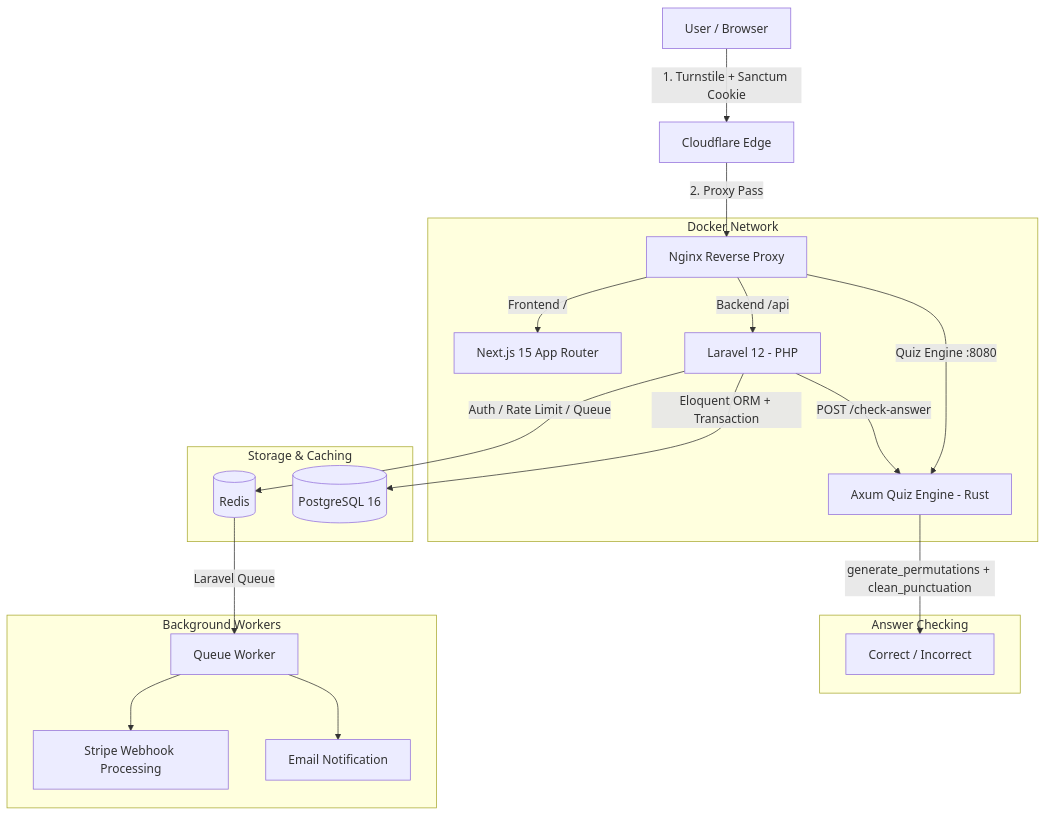
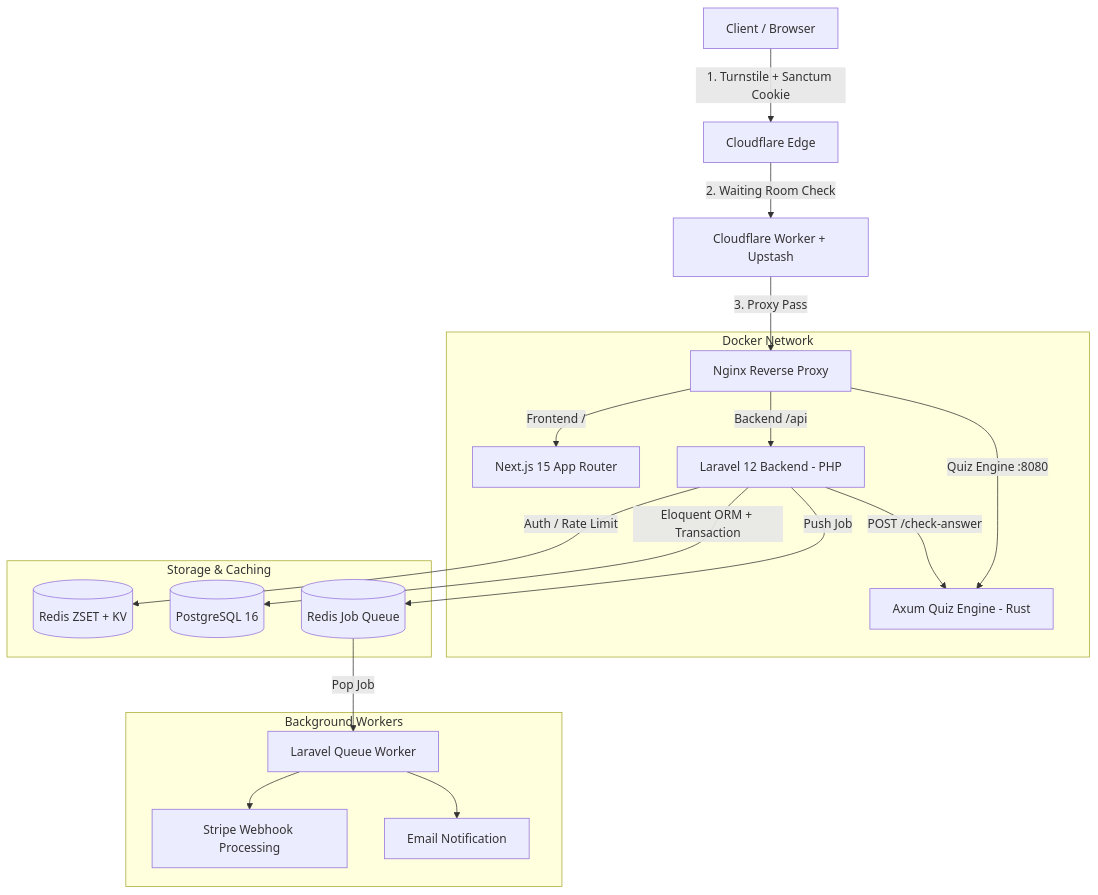
One commit to muhammadkmal27/vocabulary changed the first of 3 diagrams in README.md. Above: the diagram before and after it, drawn with Mermaid. The commit also changed 1 other file, not shown here.

Commit message:
docs: mirror saas_house system architecture in prompt_planning and README

````diff
--- a/README.md
+++ b/README.md
@@ -94,27 +94,31 @@
 ```mermaid
 graph TD
-    Client[User / Browser] -->|1. Turnstile + Sanctum Cookie| CF[Cloudflare Edge]
-    CF -->|2. Proxy Pass| Nginx[Nginx Reverse Proxy]
+    Client[Client / Browser]
+    
+    Client -->|1. Turnstile + Sanctum Cookie| CF[Cloudflare Edge]
+    
+    CF -->|2. Waiting Room Check| WorkerNode[Cloudflare Worker + Upstash]
+    
+    WorkerNode -->|3. Proxy Pass| Nginx[Nginx Reverse Proxy]
 
     subgraph Docker Network
         Nginx -->|Frontend /| NextJS[Next.js 15 App Router]
-        Nginx -->|Backend /api| Laravel[Laravel 12 - PHP]
+        Nginx -->|Backend /api| Laravel[Laravel 12 Backend - PHP]
         Nginx -->|Quiz Engine :8080| Rust[Axum Quiz Engine - Rust]
     end
 
     subgraph Storage & Caching
-        Laravel -->|Auth / Rate Limit / Queue| Redis[(Redis)]
+        Laravel -->|Auth / Rate Limit| RedisKV[(Redis ZSET + KV)]
         Laravel -->|Eloquent ORM + Transaction| Postgres[(PostgreSQL 16)]
+        Laravel -->|Push Job| RedisQueue[(Redis Job Queue)]
     end
+    
+    Laravel -->|POST /check-answer| Rust
 
-    subgraph Answer Checking
-        Laravel -->|POST /check-answer| Rust
-        Rust -->|generate_permutations + clean_punctuation| Result[Correct / Incorrect]
-    end
+    RedisQueue -->|Pop Job| BackgroundWorker
 
     subgraph Background Workers
-        Redis -->|Laravel Queue| Worker[Queue Worker]
-        Worker --> Stripe[Stripe Webhook Processing]
-        Worker --> SMTP[Email Notification]
+        BackgroundWorker[Laravel Queue Worker] --> Stripe[Stripe Webhook Processing]
+        BackgroundWorker --> Email[Email Notification]
     end
 ```
````
